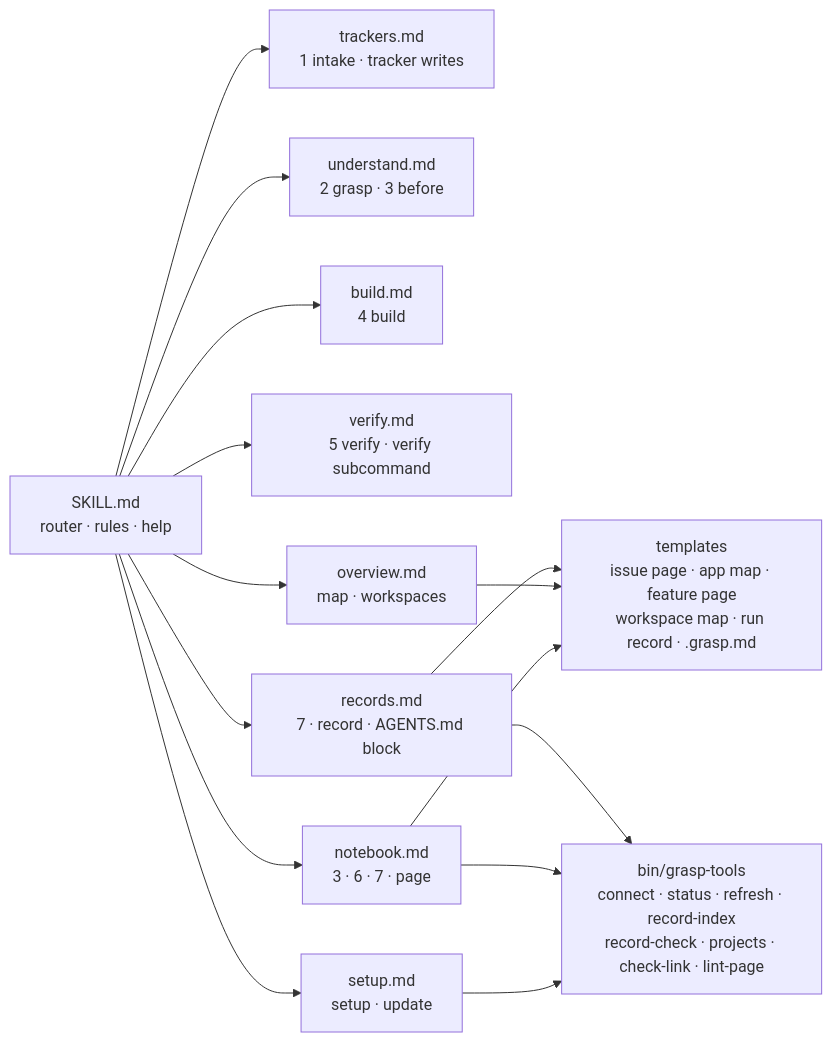
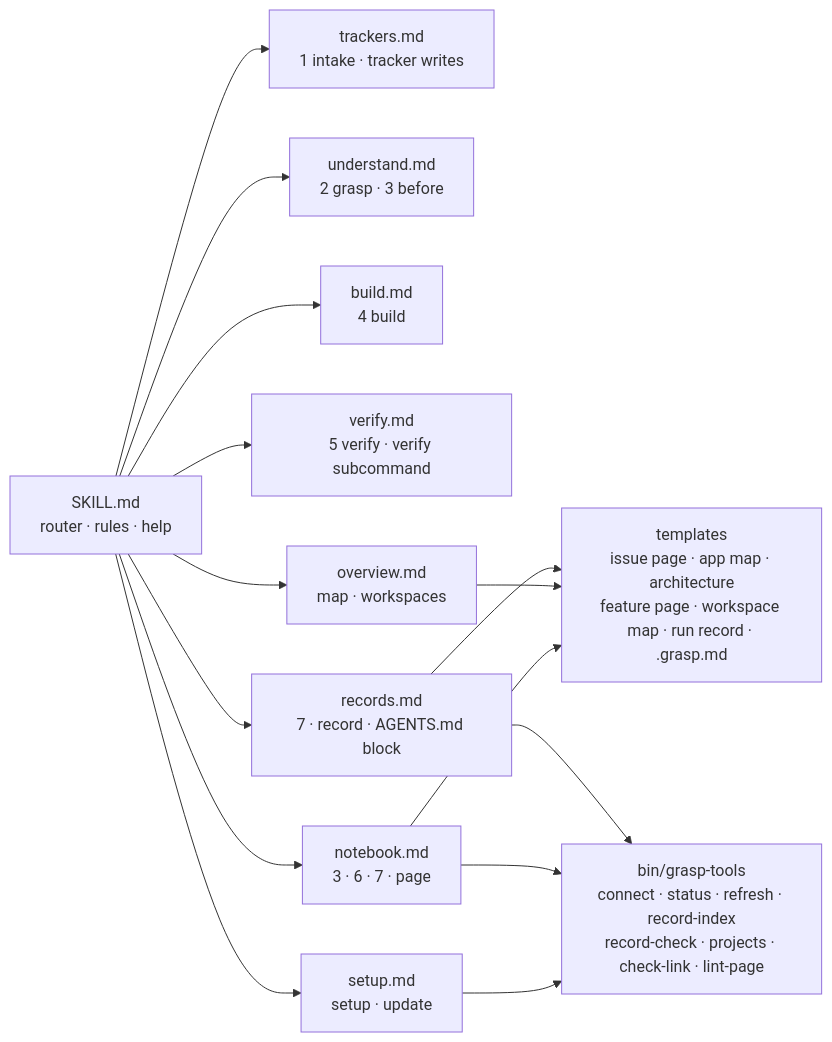
The third of 3 diagrams in README.md (junrillg/grasp), drawn with Mermaid before and after one commit. The commit also changed other lines of this file and 22 other files, not shown here.

Commit message:
feat: write an architecture page with system design lessons

````diff
--- a/README.md
+++ b/README.md
@@ -185,17 +187,17 @@
 ```mermaid
 flowchart LR
   S[SKILL.md<br/>router · rules · help] --> T[trackers.md<br/>1 intake · tracker writes]
   S --> U[understand.md<br/>2 grasp · 3 before]
   S --> B[build.md<br/>4 build]
   S --> V[verify.md<br/>5 verify · verify subcommand]
   S --> N[notebook.md<br/>3 · 6 · 7 · page]
   S --> R[records.md<br/>7 · record · AGENTS.md block]
   S --> O[overview.md<br/>map · workspaces]
   S --> SU[setup.md<br/>setup · update]
-  N --> P[templates<br/>issue page · app map · feature page<br/>workspace map · run record · .grasp.md]
+  N --> P[templates<br/>issue page · app map · architecture<br/>feature page · workspace map · run record · .grasp.md]
   O --> P
   R --> P
   SU --> G[bin/grasp-tools<br/>connect · status · refresh · record-index<br/>record-check · projects · check-link · lint-page]
   N --> G
   R --> G
 ```
````
